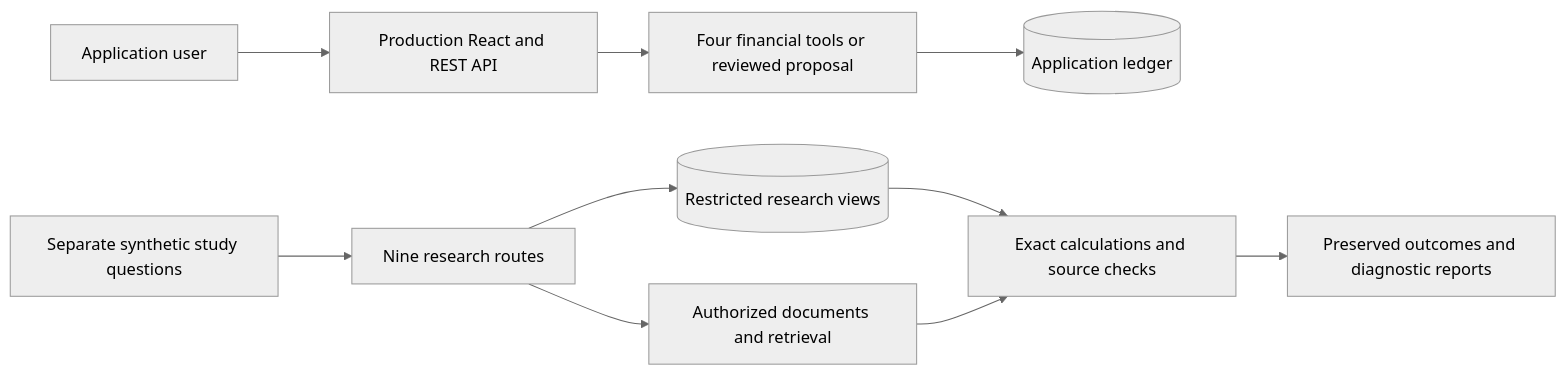
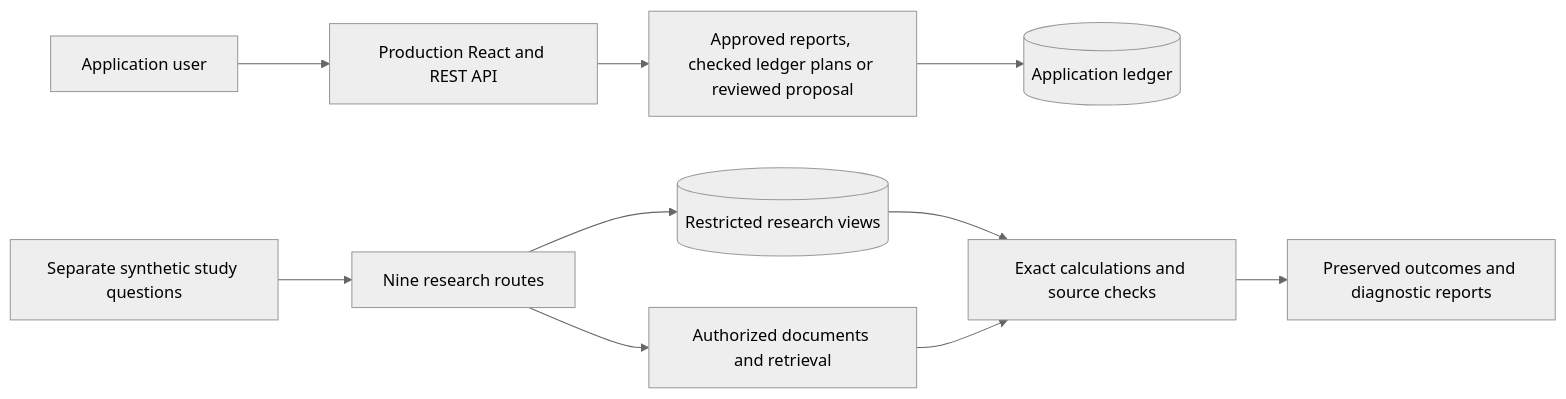
Before and after one commit to rayidali/spiich_homework: the second of 5 diagrams in docs/ARCHITECTURE.md, drawn with Mermaid (neutral theme). The commit also changed other lines of this file and 13 other files, not shown here.

````diff
--- a/docs/ARCHITECTURE.md
+++ b/docs/ARCHITECTURE.md
@@ -85,12 +93,12 @@
 ```mermaid
 flowchart LR
   User[Application user] --> App[Production React and REST API]
-  App --> Tools[Four financial tools or reviewed proposal]
+  App --> Tools[Approved reports, checked ledger plans or reviewed proposal]
   Tools --> Ledger[(Application ledger)]
   Cases[Separate synthetic study questions] --> Routes[Nine research routes]
   Routes --> Reader[(Restricted research views)]
   Routes --> Docs[Authorized documents and retrieval]
   Reader --> Checks[Exact calculations and source checks]
   Docs --> Checks
   Checks --> Evidence[Preserved outcomes and diagnostic reports]
 ```
````
